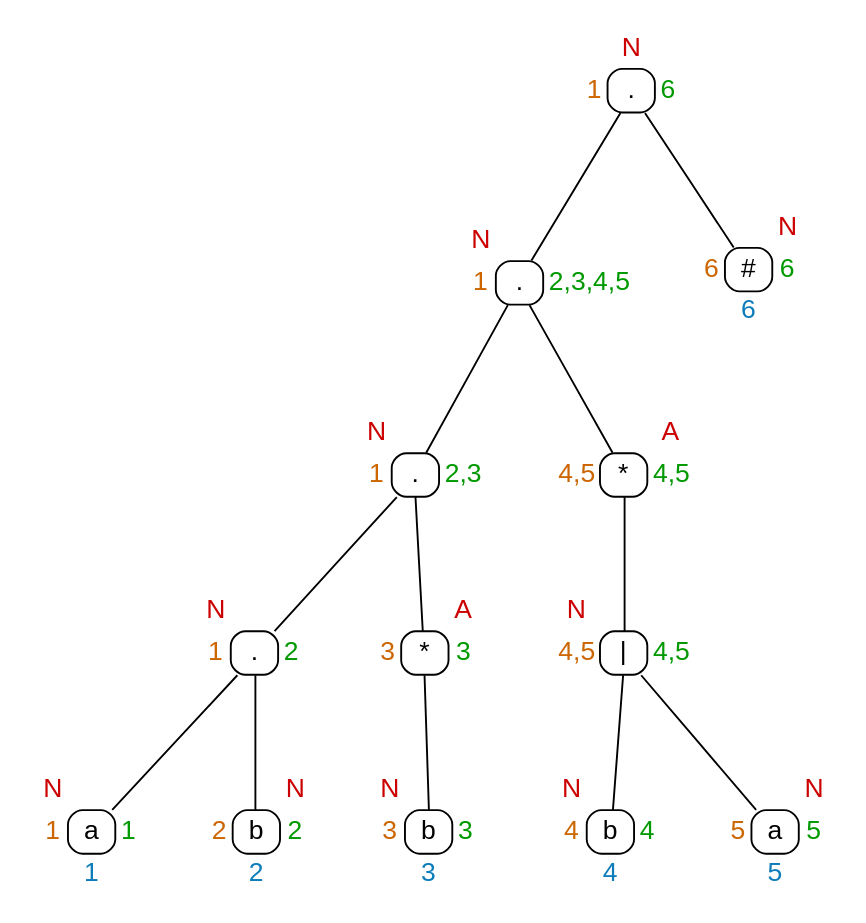
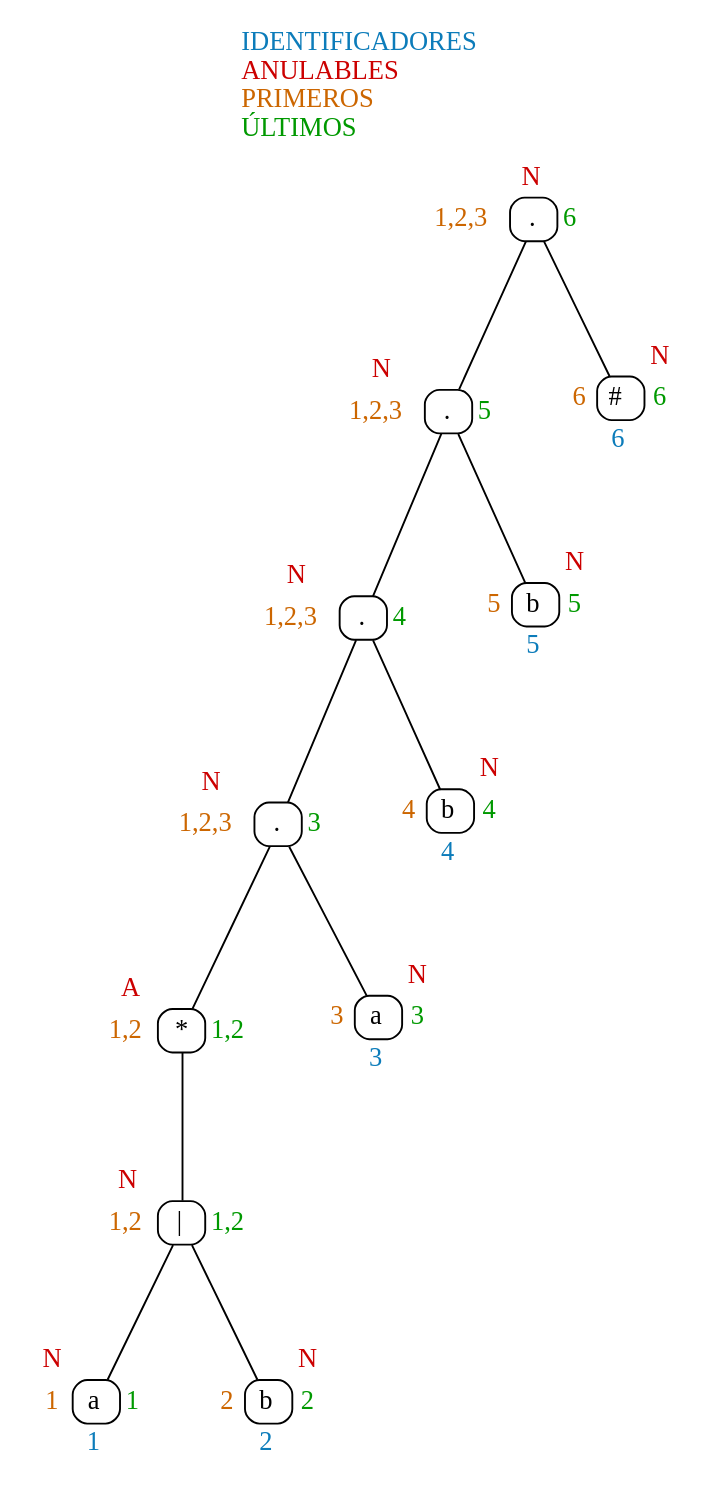
One commit to bryan967132/OLC1_Proyecto1_201908355 changed the diagram in Dot/Expresion1.dot. Above: the diagram before and after it, drawn with Graphviz. The commit also changed 4 other files, not shown here.

```diff
--- a/Dot/Expresion1.dot
+++ b/Dot/Expresion1.dot
@@ -1,29 +1,29 @@
 digraph Tree {
-	node[shape = plaintext fontname="Arial"];
+	graph[fontname="Consolas" labelloc=t];
+	node[shape = plaintext];
 	edge[dir = none];
-	node12[label=<<table border="0" cellspacing="0" cellpadding="3"><tr><td></td><td><font color="#CC0000">N</font></td><td></td></tr><tr><td><font color="#CC6600">1</font></td><td border="1" style="rounded" port="p12" width="25">.</td><td><font color="#009900">6</font></td></tr><tr><td></td><td></td><td></td></tr></table>>];
-	node11[label=<<table border="0" cellspacing="0" cellpadding="3"><tr><td><font color="#CC0000">N</font></td><td></td><td></td></tr><tr><td><font color="#CC6600">1</font></td><td border="1" style="rounded" port="p11" width="25">.</td><td><font color="#009900">2,3,4,5</font></td></tr><tr><td></td><td></td><td></td></tr></table>>];
-	node10[label=<<table border="0" cellspacing="0" cellpadding="3"><tr><td><font color="#CC0000">N</font></td><td></td><td></td></tr><tr><td><font color="#CC6600">1</font></td><td border="1" style="rounded" port="p10" width="25">.</td><td><font color="#009900">2,3</font></td></tr><tr><td></td><td></td><td></td></tr></table>>];
-	node9[label=<<table border="0" cellspacing="0" cellpadding="3"><tr><td><font color="#CC0000">N</font></td><td></td><td></td></tr><tr><td><font color="#CC6600">1</font></td><td border="1" style="rounded" port="p9" width="25">.</td><td><font color="#009900">2</font></td></tr><tr><td></td><td></td><td></td></tr></table>>];
-	node8[label=<<table border="0" cellspacing="0" cellpadding="3"><tr><td><font color="#CC0000">N</font></td><td></td><td></td></tr><tr><td><font color="#CC6600">1</font></td><td border="1" style="rounded" port="p8" width="25">a</td><td><font color="#009900">1</font></td></tr><tr><td></td><td><font color="#0C7CBA">1</font></td><td></td></tr></table>>];
+	label=<<font color="#0C7CBA">IDENTIFICADORES</font><br align="left"/><font color="#CC0000">ANULABLES</font><br align="left"/><font color="#CC6600">PRIMEROS</font><br align="left"/><font color="#009900">ÚLTIMOS</font><br align="left"/>>;
+	node11[label=<<table border="0" cellspacing="0" cellpadding="3"><tr><td></td><td><font color="#CC0000">N</font></td><td></td></tr><tr><td><font color="#CC6600">1,2,3</font></td><td border="1" style="rounded" port="p11" width="25">.</td><td><font color="#009900">6</font></td></tr><tr><td></td><td></td><td></td></tr></table>>];
+	node10[label=<<table border="0" cellspacing="0" cellpadding="3"><tr><td><font color="#CC0000">N</font></td><td></td><td></td></tr><tr><td><font color="#CC6600">1,2,3</font></td><td border="1" style="rounded" port="p10" width="25">.</td><td><font color="#009900">5</font></td></tr><tr><td></td><td></td><td></td></tr></table>>];
+	node9[label=<<table border="0" cellspacing="0" cellpadding="3"><tr><td><font color="#CC0000">N</font></td><td></td><td></td></tr><tr><td><font color="#CC6600">1,2,3</font></td><td border="1" style="rounded" port="p9" width="25">.</td><td><font color="#009900">4</font></td></tr><tr><td></td><td></td><td></td></tr></table>>];
+	node8[label=<<table border="0" cellspacing="0" cellpadding="3"><tr><td><font color="#CC0000">N</font></td><td></td><td></td></tr><tr><td><font color="#CC6600">1,2,3</font></td><td border="1" style="rounded" port="p8" width="25">.</td><td><font color="#009900">3</font></td></tr><tr><td></td><td></td><td></td></tr></table>>];
+	node7[label=<<table border="0" cellspacing="0" cellpadding="3"><tr><td><font color="#CC0000">A</font></td><td></td><td></td></tr><tr><td><font color="#CC6600">1,2</font></td><td border="1" style="rounded" port="p7" width="25">*</td><td><font color="#009900">1,2</font></td></tr><tr><td></td><td></td><td></td></tr></table>>];
+	node6[label=<<table border="0" cellspacing="0" cellpadding="3"><tr><td><font color="#CC0000">N</font></td><td></td><td></td></tr><tr><td><font color="#CC6600">1,2</font></td><td border="1" style="rounded" port="p6" width="25">|</td><td><font color="#009900">1,2</font></td></tr><tr><td></td><td></td><td></td></tr></table>>];
+	node5[label=<<table border="0" cellspacing="0" cellpadding="3"><tr><td><font color="#CC0000">N</font></td><td></td><td></td></tr><tr><td><font color="#CC6600">1</font></td><td border="1" style="rounded" port="p5" width="25">a</td><td><font color="#009900">1</font></td></tr><tr><td></td><td><font color="#0C7CBA">1</font></td><td></td></tr></table>>];
+	node6:p6 -> node5:p5;
+	node4[label=<<table border="0" cellspacing="0" cellpadding="3"><tr><td></td><td></td><td><font color="#CC0000">N</font></td></tr><tr><td><font color="#CC6600">2</font></td><td border="1" style="rounded" port="p4" width="25">b</td><td><font color="#009900">2</font></td></tr><tr><td></td><td><font color="#0C7CBA">2</font></td><td></td></tr></table>>];
+	node6:p6 -> node4:p4;
+	node7:p7 -> node6:p6;
+	node8:p8 -> node7:p7;
+	node3[label=<<table border="0" cellspacing="0" cellpadding="3"><tr><td></td><td></td><td><font color="#CC0000">N</font></td></tr><tr><td><font color="#CC6600">3</font></td><td border="1" style="rounded" port="p3" width="25">a</td><td><font color="#009900">3</font></td></tr><tr><td></td><td><font color="#0C7CBA">3</font></td><td></td></tr></table>>];
+	node8:p8 -> node3:p3;
 	node9:p9 -> node8:p8;
-	node7[label=<<table border="0" cellspacing="0" cellpadding="3"><tr><td></td><td></td><td><font color="#CC0000">N</font></td></tr><tr><td><font color="#CC6600">2</font></td><td border="1" style="rounded" port="p7" width="25">b</td><td><font color="#009900">2</font></td></tr><tr><td></td><td><font color="#0C7CBA">2</font></td><td></td></tr></table>>];
-	node9:p9 -> node7:p7;
+	node2[label=<<table border="0" cellspacing="0" cellpadding="3"><tr><td></td><td></td><td><font color="#CC0000">N</font></td></tr><tr><td><font color="#CC6600">4</font></td><td border="1" style="rounded" port="p2" width="25">b</td><td><font color="#009900">4</font></td></tr><tr><td></td><td><font color="#0C7CBA">4</font></td><td></td></tr></table>>];
+	node9:p9 -> node2:p2;
 	node10:p10 -> node9:p9;
-	node6[label=<<table border="0" cellspacing="0" cellpadding="3"><tr><td></td><td></td><td><font color="#CC0000">A</font></td></tr><tr><td><font color="#CC6600">3</font></td><td border="1" style="rounded" port="p6" width="25">*</td><td><font color="#009900">3</font></td></tr><tr><td></td><td></td><td></td></tr></table>>];
-	node5[label=<<table border="0" cellspacing="0" cellpadding="3"><tr><td><font color="#CC0000">N</font></td><td></td><td></td></tr><tr><td><font color="#CC6600">3</font></td><td border="1" style="rounded" port="p5" width="25">b</td><td><font color="#009900">3</font></td></tr><tr><td></td><td><font color="#0C7CBA">3</font></td><td></td></tr></table>>];
-	node6:p6 -> node5:p5;
-	node10:p10 -> node6:p6;
+	node1[label=<<table border="0" cellspacing="0" cellpadding="3"><tr><td></td><td></td><td><font color="#CC0000">N</font></td></tr><tr><td><font color="#CC6600">5</font></td><td border="1" style="rounded" port="p1" width="25">b</td><td><font color="#009900">5</font></td></tr><tr><td></td><td><font color="#0C7CBA">5</font></td><td></td></tr></table>>];
+	node10:p10 -> node1:p1;
 	node11:p11 -> node10:p10;
-	node4[label=<<table border="0" cellspacing="0" cellpadding="3"><tr><td></td><td></td><td><font color="#CC0000">A</font></td></tr><tr><td><font color="#CC6600">4,5</font></td><td border="1" style="rounded" port="p4" width="25">*</td><td><font color="#009900">4,5</font></td></tr><tr><td></td><td></td><td></td></tr></table>>];
-	node3[label=<<table border="0" cellspacing="0" cellpadding="3"><tr><td><font color="#CC0000">N</font></td><td></td><td></td></tr><tr><td><font color="#CC6600">4,5</font></td><td border="1" style="rounded" port="p3" width="25">|</td><td><font color="#009900">4,5</font></td></tr><tr><td></td><td></td><td></td></tr></table>>];
-	node2[label=<<table border="0" cellspacing="0" cellpadding="3"><tr><td><font color="#CC0000">N</font></td><td></td><td></td></tr><tr><td><font color="#CC6600">4</font></td><td border="1" style="rounded" port="p2" width="25">b</td><td><font color="#009900">4</font></td></tr><tr><td></td><td><font color="#0C7CBA">4</font></td><td></td></tr></table>>];
-	node3:p3 -> node2:p2;
-	node1[label=<<table border="0" cellspacing="0" cellpadding="3"><tr><td></td><td></td><td><font color="#CC0000">N</font></td></tr><tr><td><font color="#CC6600">5</font></td><td border="1" style="rounded" port="p1" width="25">a</td><td><font color="#009900">5</font></td></tr><tr><td></td><td><font color="#0C7CBA">5</font></td><td></td></tr></table>>];
-	node3:p3 -> node1:p1;
-	node4:p4 -> node3:p3;
-	node11:p11 -> node4:p4;
-	node12:p12 -> node11:p11;
 	node0[label=<<table border="0" cellspacing="0" cellpadding="3"><tr><td></td><td></td><td><font color="#CC0000">N</font></td></tr><tr><td><font color="#CC6600">6</font></td><td border="1" style="rounded" port="p0" width="25">#</td><td><font color="#009900">6</font></td></tr><tr><td></td><td><font color="#0C7CBA">6</font></td><td></td></tr></table>>];
-	node12:p12 -> node0:p0;
+	node11:p11 -> node0:p0;
 }
```
